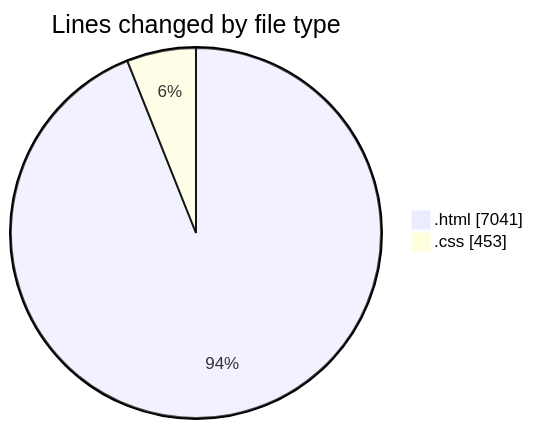
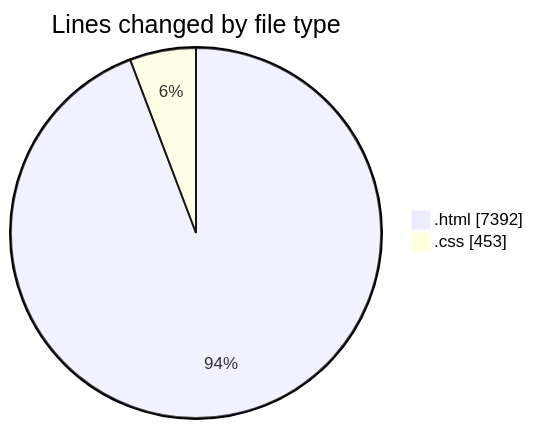
The first of 2 diagrams in 2025-08-09/nxtqube_webapp/README.md (nxtqubesakshisongat/code-tracking), drawn with Mermaid before and after one commit. The commit also changed other lines of this file and 1 other file, not shown here.

````diff
--- a/2025-08-09/nxtqube_webapp/README.md
+++ b/2025-08-09/nxtqube_webapp/README.md
@@ -23,6 +23,6 @@
 ```mermaid
 pie showData
 title Lines changed by file type
-".html" : 7041
+".html" : 7392
 ".css" : 453
 ```
````
